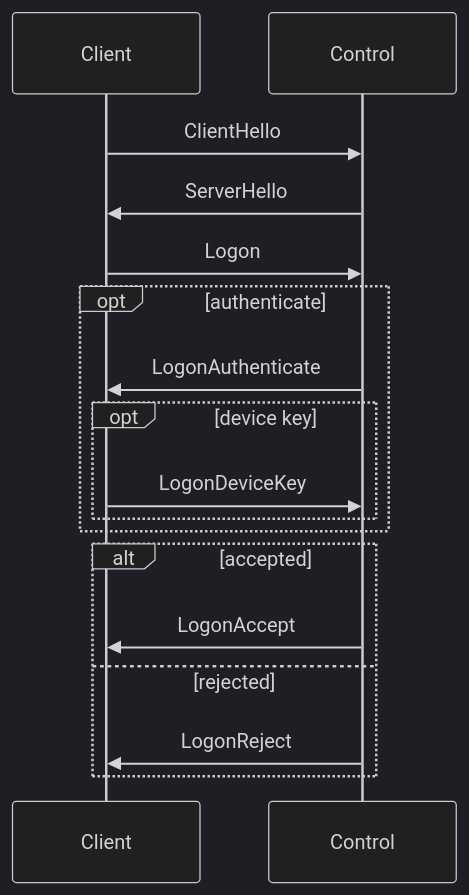
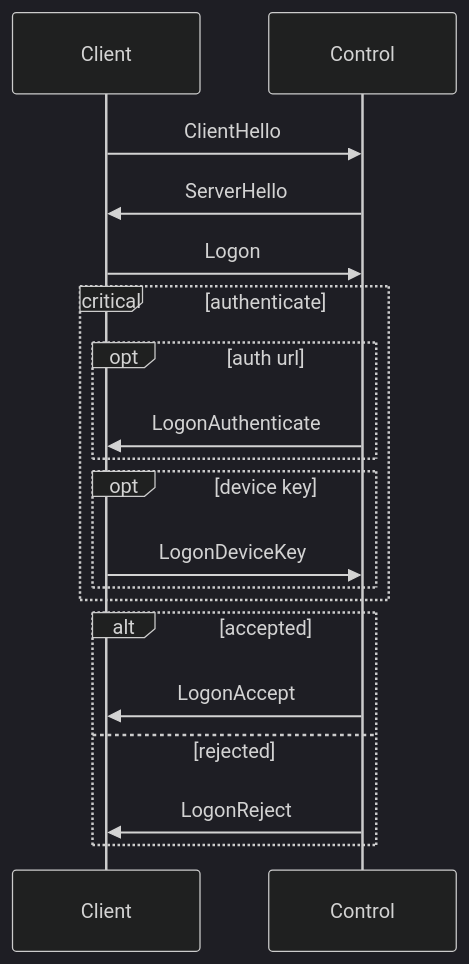
One commit to eduP2P/common changed the diagram in types/control/handshake.mermaid. Above: the diagram before and after it, drawn with Mermaid (dark theme). The commit also changed 9 other files, not shown here.

```diff
--- a/types/control/handshake.mermaid
+++ b/types/control/handshake.mermaid
@@ -1,15 +1,17 @@
 sequenceDiagram
     Client ->> Control: ClientHello
     Control ->> Client: ServerHello
     Client ->> Control: Logon
-    opt authenticate
-        Control ->> Client: LogonAuthenticate
+    critical authenticate
+        opt auth url
+            Control ->> Client: LogonAuthenticate
+        end
         opt device key
             Client ->> Control: LogonDeviceKey
         end
     end
     alt accepted
         Control ->> Client: LogonAccept
     else rejected
         Control ->> Client: LogonReject
     end
```
